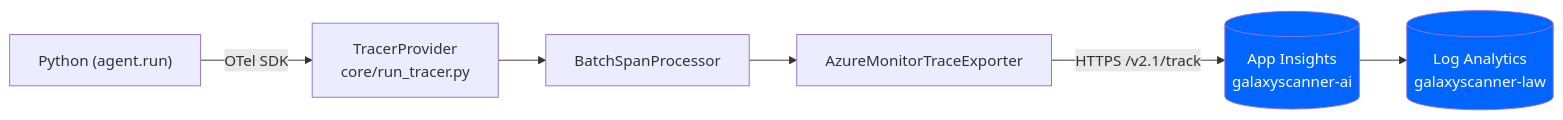
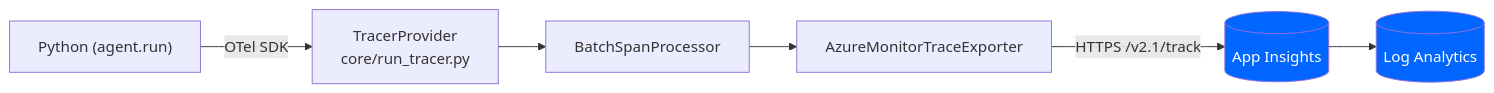
The fifth of 9 diagrams in docs/architecture.md (rlpatrao/agent-gov-sec), drawn with Mermaid before and after one commit. The commit also changed other lines of this file and 144 other files, not shown here.

````diff
--- a/docs/architecture.md
+++ b/docs/architecture.md
@@ -310,10 +295,10 @@
 ```mermaid
 flowchart LR
   Code["Python (agent.run)"] -->|"OTel SDK"| Provider["TracerProvider\ncore/run_tracer.py"]
   Provider --> BSP["BatchSpanProcessor"]
   BSP --> Exp["AzureMonitorTraceExporter"]
-  Exp -->|"HTTPS /v2.1/track"| AI[("App Insights\ngalaxyscanner-ai")]
-  AI --> LAW[("Log Analytics\ngalaxyscanner-law")]
+  Exp -->|"HTTPS /v2.1/track"| AI[("App Insights")]
+  AI --> LAW[("Log Analytics")]
   classDef ax fill:#06f,color:#fff
   class AI,LAW ax
 ```
````
